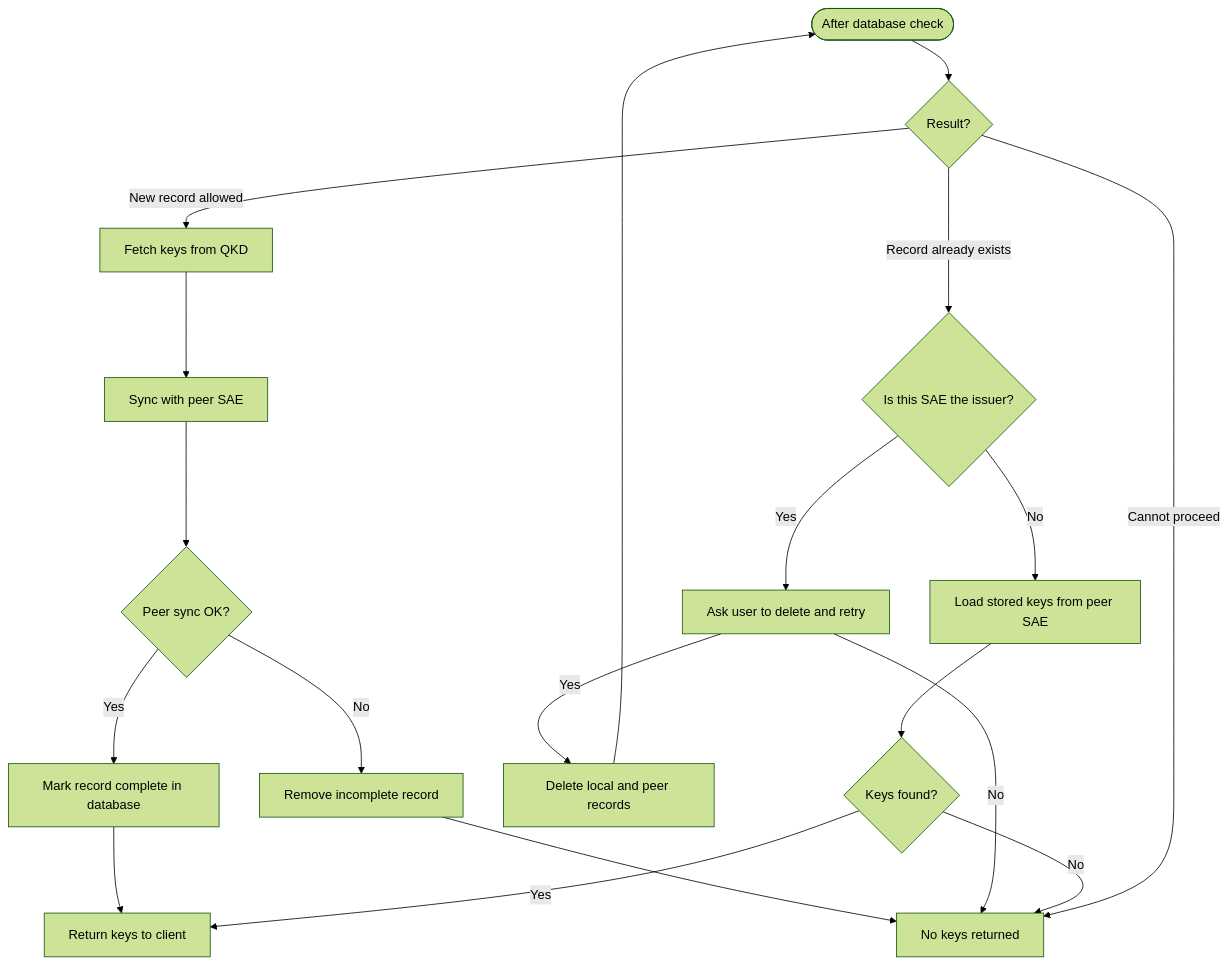
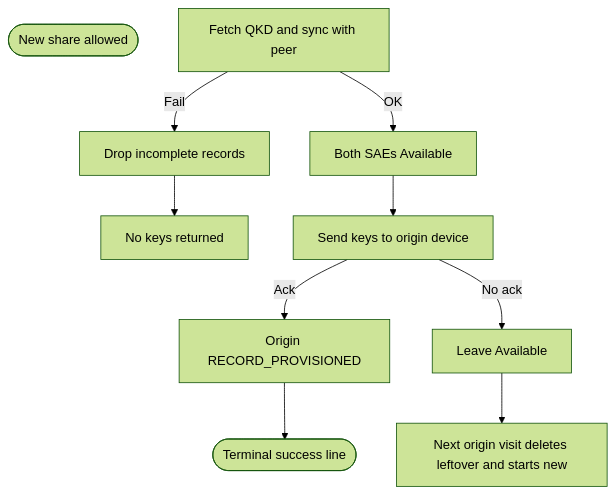
One commit to vonasmic/one-time-pad-keychain changed the seventh of 10 diagrams in JAVA_APPS/docs/FLOWCHARTS.md. Above: the diagram before and after it, drawn with Mermaid (forest theme). The commit also changed other lines of this file and 119 other files, not shown here.

````diff
--- a/JAVA_APPS/docs/FLOWCHARTS.md
+++ b/JAVA_APPS/docs/FLOWCHARTS.md
@@ -194,28 +215,13 @@
 ```mermaid
 flowchart TD
-    Start([After database check])
-    Result{Result?}
-
-    Start --> Result
-
-    Result -->|New record allowed| FetchQKD[Fetch keys from QKD]
-    FetchQKD --> SyncPeer[Sync with peer SAE]
-    SyncPeer --> PeerOK{Peer sync OK?}
-    PeerOK -->|Yes| MarkComplete[Mark record complete in database]
-    MarkComplete --> ReturnKeys[Return keys to client]
-    PeerOK -->|No| Rollback[Remove incomplete record]
+    Start([New share allowed])
+    Exchange[Fetch QKD and sync with peer]
+    Exchange -->|Fail| Rollback[Drop incomplete records]
     Rollback --> NoKeys[No keys returned]
-
-    Result -->|Record already exists| Issuer{Is this SAE the issuer?}
-    Issuer -->|Yes| AskUser[Ask user to delete and retry]
-    AskUser -->|Yes| DeleteAll[Delete local and peer records]
-    DeleteAll --> Start
-    AskUser -->|No| NoKeys
-
-    Issuer -->|No| LoadStored[Load stored keys from peer SAE]
-    LoadStored --> Found{Keys found?}
-    Found -->|Yes| ReturnKeys
-    Found -->|No| NoKeys
-
-    Result -->|Cannot proceed| NoKeys
+    Exchange -->|OK| BothAvail[Both SAEs Available]
+    BothAvail --> Send[Send keys to origin device]
+    Send -->|Ack| Prov[Origin RECORD_PROVISIONED]
+    Send -->|No ack| LeftAvail[Leave Available]
+    Prov --> Done([Terminal success line])
+    LeftAvail --> NextVisit[Next origin visit deletes leftover and starts new]
 ```
````
